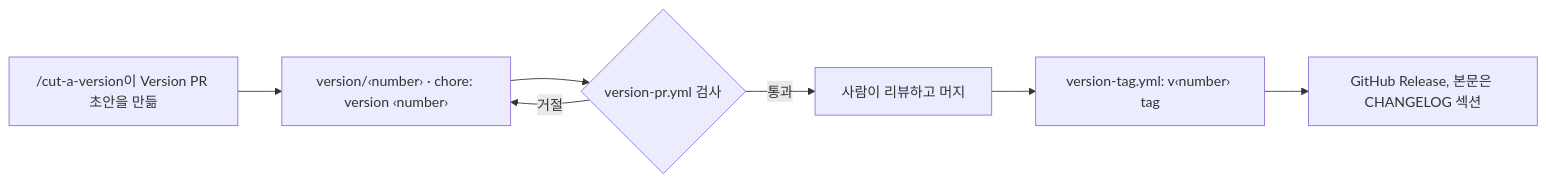
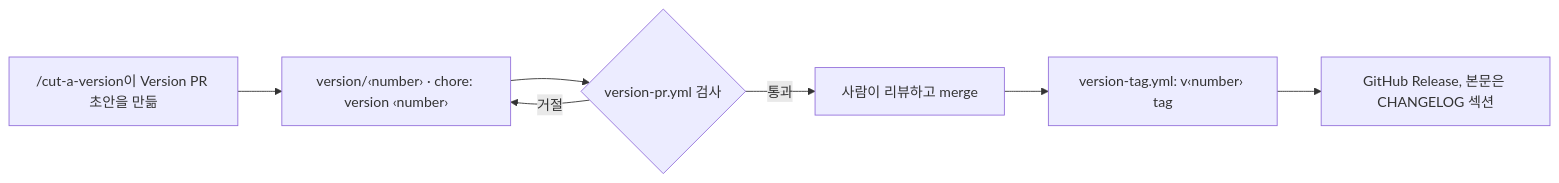
Before and after one commit to jjongs2/ticket-runner: the second of 2 diagrams in wiki/ko/guide/internals.md, drawn with Mermaid. The commit also changed other lines of this file and 9 other files, not shown here.

````diff
--- a/wiki/ko/guide/internals.md
+++ b/wiki/ko/guide/internals.md
@@ -143,9 +143,9 @@
 ```mermaid
 flowchart LR
     SK["/cut-a-version이 Version PR 초안을 만듦"] --> PR["version/‹number› · chore: version ‹number›"]
     PR --> CK{"version-pr.yml 검사"}
     CK -- 거절 --> PR
-    CK -- 통과 --> MG["사람이 리뷰하고 머지"]
+    CK -- 통과 --> MG["사람이 리뷰하고 merge"]
     MG --> TG["version-tag.yml: v‹number› tag"]
     TG --> RL["GitHub Release, 본문은 CHANGELOG 섹션"]
 ```
````
